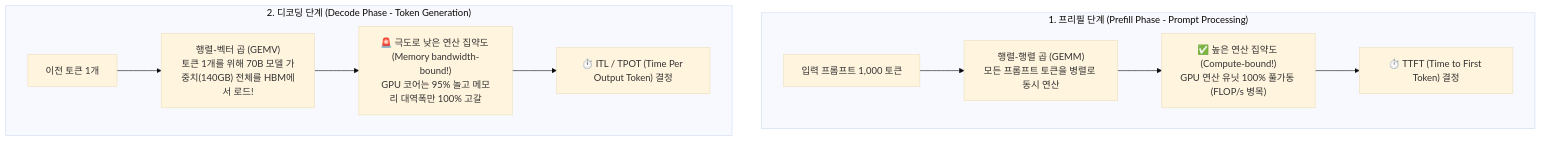
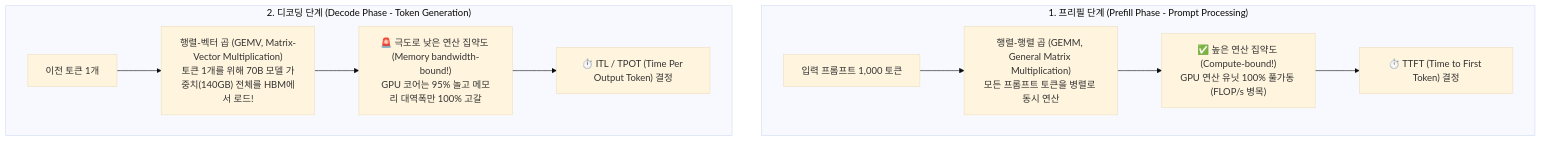
The second of 3 diagrams in chapter-qa/ch09-inference-optimization-qa/01-inference-fundamentals-and-hardware-math.md (sing-u8/AI-Engineering), drawn with Mermaid (base theme) before and after one commit. The commit also changed other lines of this file and 25 other files, not shown here.

````diff
--- a/chapter-qa/ch09-inference-optimization-qa/01-inference-fundamentals-and-hardware-math.md
+++ b/chapter-qa/ch09-inference-optimization-qa/01-inference-fundamentals-and-hardware-math.md
@@ -65,14 +65,14 @@
 ```mermaid
 flowchart TD
     subgraph Step1["1. 프리필 단계 (Prefill Phase - Prompt Processing)"]
-        P_In["입력 프롬프트 1,000 토큰"] --> P_GEMM["행렬-행렬 곱 (GEMM)\n모든 프롬프트 토큰을 병렬로 동시 연산"]
+        P_In["입력 프롬프트 1,000 토큰"] --> P_GEMM["행렬-행렬 곱 (GEMM, General Matrix Multiplication)\n모든 프롬프트 토큰을 병렬로 동시 연산"]
         P_GEMM --> P_Char["✅ 높은 연산 집약도 (Compute-bound!)\nGPU 연산 유닛 100% 풀가동 (FLOP/s 병목)"]
         P_Char --> TTFT["⏱️ TTFT (Time to First Token) 결정"]
     end
 
     subgraph Step2["2. 디코딩 단계 (Decode Phase - Token Generation)"]
-        D_In["이전 토큰 1개"] --> D_GEMV["행렬-벡터 곱 (GEMV)\n토큰 1개를 위해 70B 모델 가중치(140GB) 전체를 HBM에서 로드!"]
+        D_In["이전 토큰 1개"] --> D_GEMV["행렬-벡터 곱 (GEMV, Matrix-Vector Multiplication)\n토큰 1개를 위해 70B 모델 가중치(140GB) 전체를 HBM에서 로드!"]
         D_GEMV --> D_Char["🚨 극도로 낮은 연산 집약도 (Memory bandwidth-bound!)\nGPU 코어는 95% 놀고 메모리 대역폭만 100% 고갈"]
         D_Char --> ITL["⏱️ ITL / TPOT (Time Per Output Token) 결정"]
     end
 ```
````
